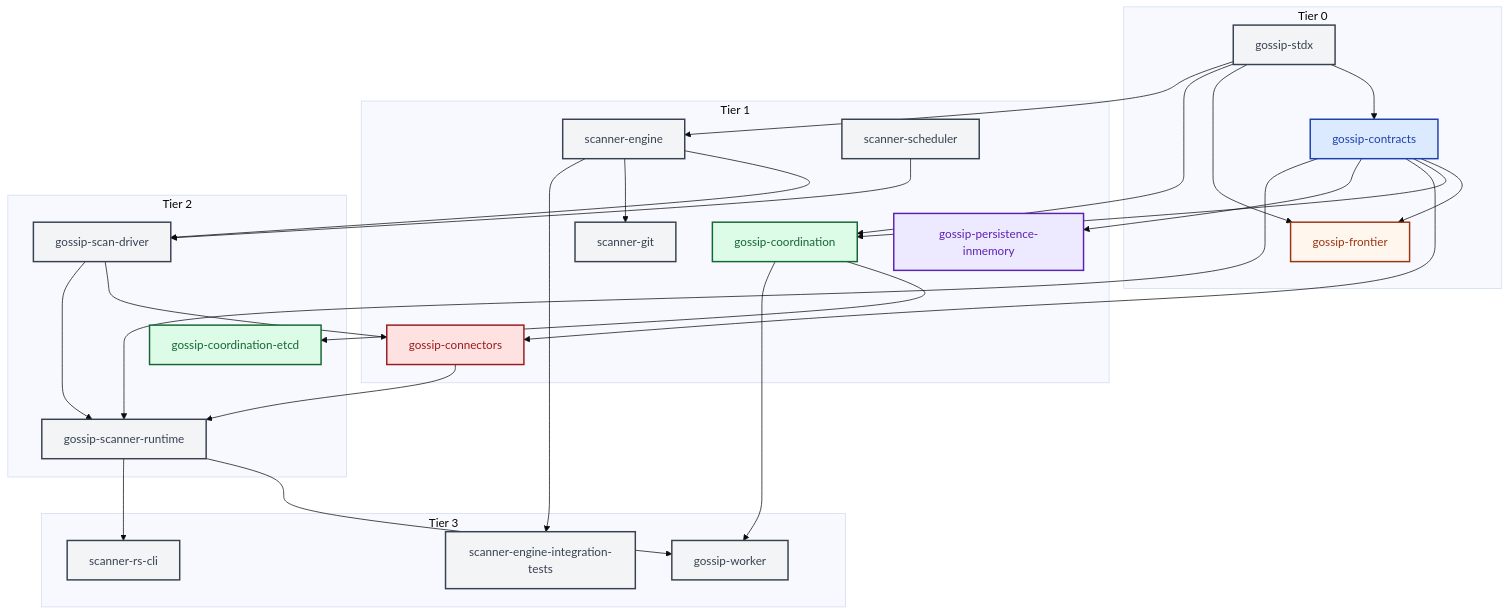
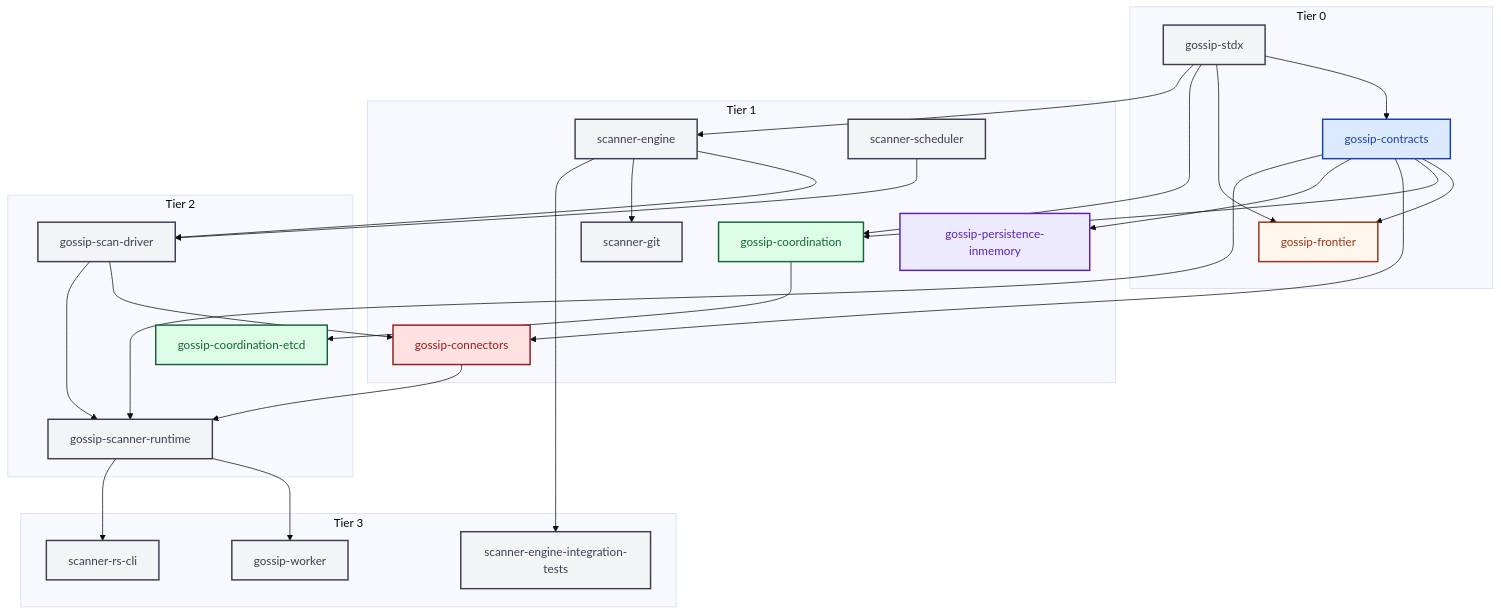
One commit to ahrav/Gossip-rs changed the fourth of 4 diagrams in diagrams/01-system-overview.md. Above: the diagram before and after it, drawn with Mermaid (base theme). The commit also changed other lines of this file and 10 other files, not shown here.

First line of the commit message:
Remove line numbers from diagram code reference tables

````diff
--- a/diagrams/01-system-overview.md
+++ b/diagrams/01-system-overview.md
@@ -262,67 +261,66 @@
 ```mermaid
 %% Diagram: build-dag
 graph TD
     subgraph "Tier 0"
         stdx["gossip-stdx"]
         contracts["gossip-contracts"]
         frontier["gossip-frontier"]
     end
 
     subgraph "Tier 1"
         coordination["gossip-coordination"]
         connectors["gossip-connectors"]
         persistence_inmem["gossip-persistence-inmemory"]
         scanner_engine["scanner-engine"]
         scanner_scheduler["scanner-scheduler"]
         scanner_git["scanner-git"]
     end
 
     subgraph "Tier 2"
         coordination_etcd["gossip-coordination-etcd"]
         scan_driver["gossip-scan-driver"]
         runtime["gossip-scanner-runtime"]
     end
 
     subgraph "Tier 3"
         worker["gossip-worker"]
         cli["scanner-rs-cli"]
         integration_tests["scanner-engine-integration-tests"]
     end
 
     stdx --> contracts
     stdx --> frontier
     stdx --> coordination
     stdx --> scanner_engine
     contracts --> frontier
     contracts --> coordination
     contracts --> connectors
     contracts --> persistence_inmem
     coordination --> coordination_etcd
     scanner_engine --> scan_driver
     scanner_scheduler --> scan_driver
     scan_driver --> connectors
     scanner_engine --> scanner_git
     scan_driver --> runtime
     connectors --> runtime
     contracts --> runtime
     runtime --> worker
-    coordination --> worker
     runtime --> cli
     scanner_engine --> integration_tests
 
     style stdx fill:#F3F4F6,stroke:#374151,stroke-width:2px,color:#374151
     style contracts fill:#DBEAFE,stroke:#1E40AF,stroke-width:2px,color:#1E40AF
     style frontier fill:#FFF7ED,stroke:#9A3412,stroke-width:2px,color:#9A3412
     style coordination fill:#DCFCE7,stroke:#166534,stroke-width:2px,color:#166534
     style connectors fill:#FEE2E2,stroke:#991B1B,stroke-width:2px,color:#991B1B
     style scan_driver fill:#F3F4F6,stroke:#374151,stroke-width:2px,color:#374151
     style scanner_engine fill:#F3F4F6,stroke:#374151,stroke-width:2px,color:#374151
     style scanner_scheduler fill:#F3F4F6,stroke:#374151,stroke-width:2px,color:#374151
     style scanner_git fill:#F3F4F6,stroke:#374151,stroke-width:2px,color:#374151
     style runtime fill:#F3F4F6,stroke:#374151,stroke-width:2px,color:#374151
     style worker fill:#F3F4F6,stroke:#374151,stroke-width:2px,color:#374151
     style cli fill:#F3F4F6,stroke:#374151,stroke-width:2px,color:#374151
     style coordination_etcd fill:#DCFCE7,stroke:#166534,stroke-width:2px,color:#166534
     style persistence_inmem fill:#EDE9FE,stroke:#5B21B6,stroke-width:2px,color:#5B21B6
     style integration_tests fill:#F3F4F6,stroke:#374151,stroke-width:2px,color:#374151
 ```
````
